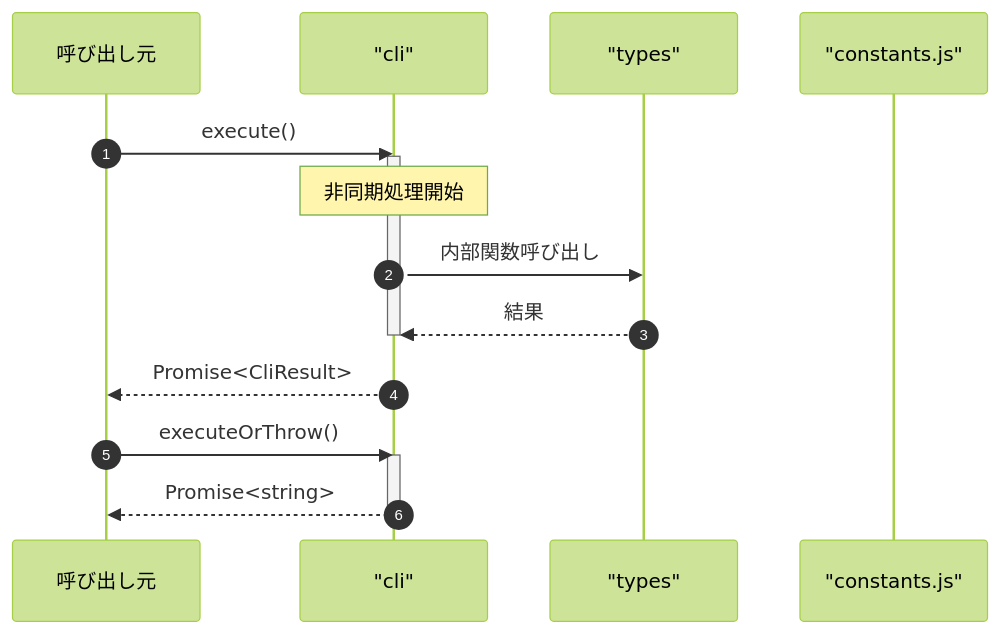
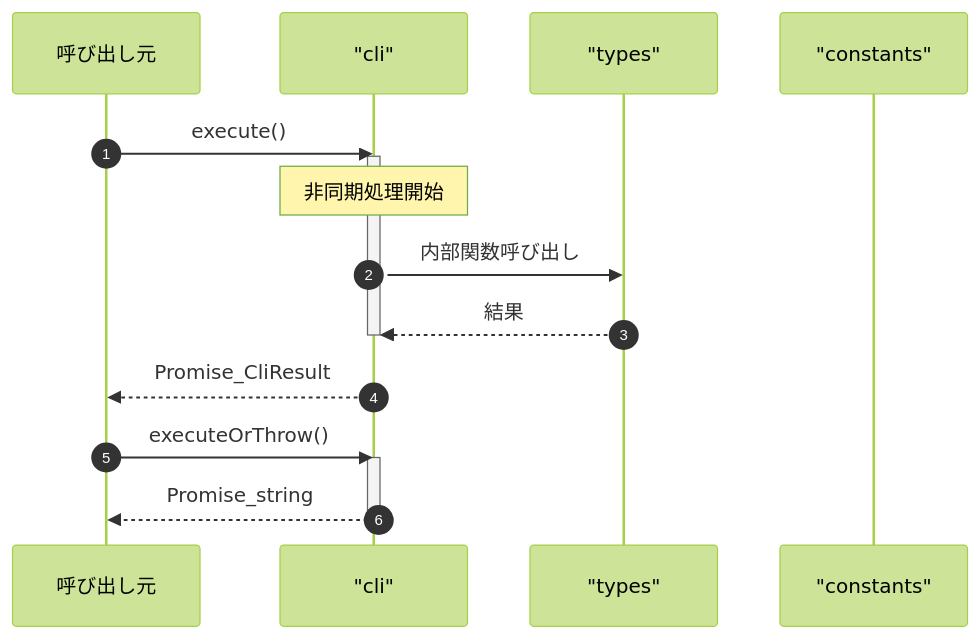
One commit to Mekann2904/mekann changed the third of 3 diagrams in ABDD/.pi/extensions/search/utils/cli.md. Above: the diagram before and after it, drawn with Mermaid (forest theme). The commit also changed other lines of this file and 174 other files, not shown here.

First line of the commit message:
fix(docs): ABDDのMermaid図生成エラーを修正する

````diff
--- a/ABDD/.pi/extensions/search/utils/cli.md
+++ b/ABDD/.pi/extensions/search/utils/cli.md
@@ -72,21 +72,21 @@
 ```mermaid
 sequenceDiagram
   autonumber
   participant Caller as 呼び出し元
   participant cli as "cli"
   participant types as "types"
-  participant constants_js as "constants.js"
+  participant constants as "constants"
 
   Caller->>cli: execute()
   activate cli
   Note over cli: 非同期処理開始
   cli->>types: 内部関数呼び出し
   types-->>cli: 結果
   deactivate cli
-  cli-->>Caller: Promise<CliResult>
+  cli-->>Caller: Promise_CliResult
 
   Caller->>cli: executeOrThrow()
   activate cli
-  cli-->>Caller: Promise<string>
+  cli-->>Caller: Promise_string
   deactivate cli
 ```
````
